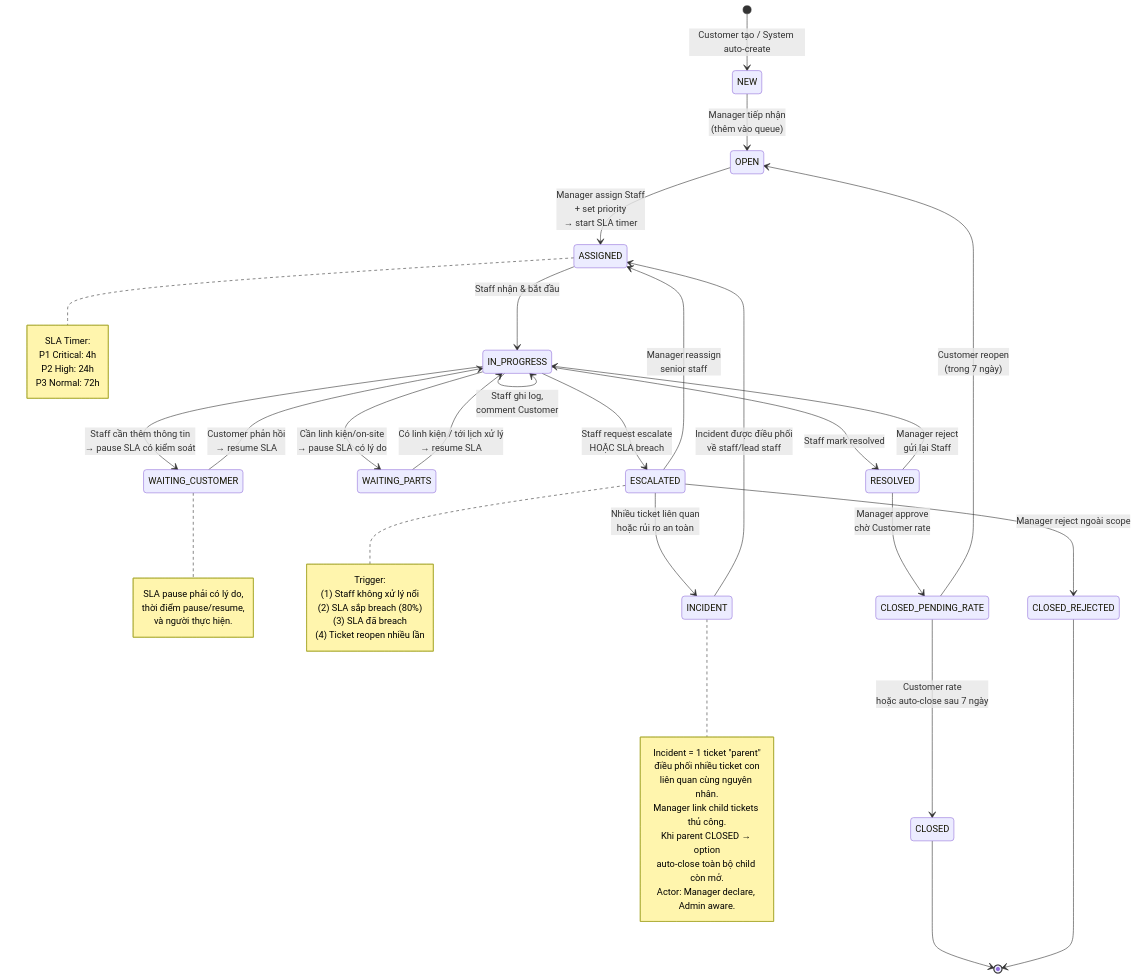
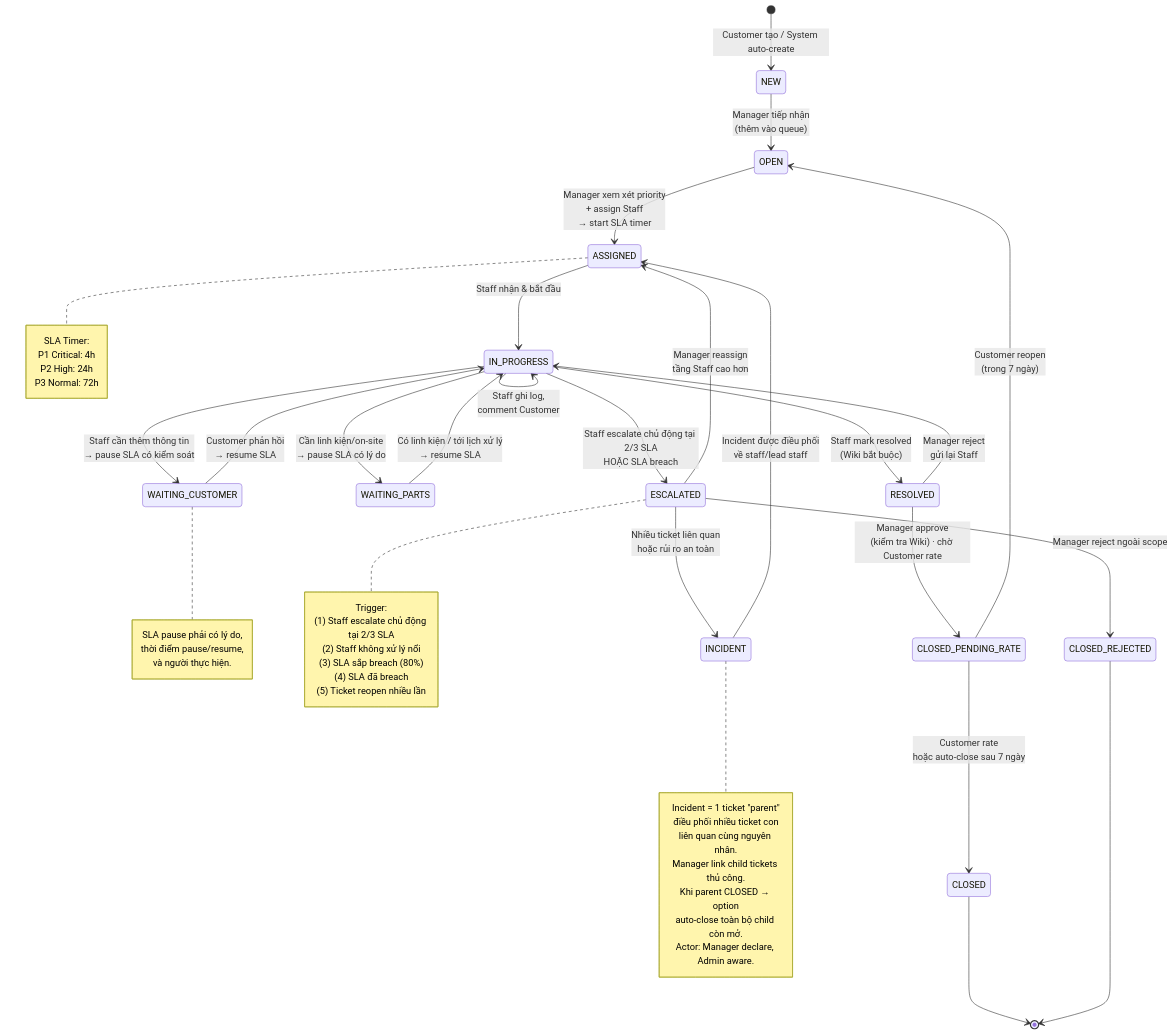
Before and after one commit to GSU26SE55/iot: the third of 8 diagrams in .claude/docs/core-business-flow.md, drawn with Mermaid. The commit also changed other lines of this file and 1 other file, not shown here.

````diff
--- a/.claude/docs/core-business-flow.md
+++ b/.claude/docs/core-business-flow.md
@@ -226,63 +244,64 @@
 ```mermaid
 stateDiagram-v2
     [*] --> NEW : Customer tạo / System auto-create
 
     NEW --> OPEN : Manager tiếp nhận<br/>(thêm vào queue)
-    OPEN --> ASSIGNED : Manager assign Staff<br/>+ set priority<br/>→ start SLA timer
+    OPEN --> ASSIGNED : Manager xem xét priority<br/>+ assign Staff<br/>→ start SLA timer
 
     ASSIGNED --> IN_PROGRESS : Staff nhận & bắt đầu
     IN_PROGRESS --> IN_PROGRESS : Staff ghi log,<br/>comment Customer
 
     IN_PROGRESS --> WAITING_CUSTOMER : Staff cần thêm thông tin<br/>→ pause SLA có kiểm soát
     WAITING_CUSTOMER --> IN_PROGRESS : Customer phản hồi<br/>→ resume SLA
     IN_PROGRESS --> WAITING_PARTS : Cần linh kiện/on-site<br/>→ pause SLA có lý do
     WAITING_PARTS --> IN_PROGRESS : Có linh kiện / tới lịch xử lý<br/>→ resume SLA
 
-    IN_PROGRESS --> RESOLVED : Staff mark resolved
-    IN_PROGRESS --> ESCALATED : Staff request escalate<br/>HOẶC SLA breach
+    IN_PROGRESS --> RESOLVED : Staff mark resolved<br/>(Wiki bắt buộc)
+    IN_PROGRESS --> ESCALATED : Staff escalate chủ động tại 2/3 SLA<br/>HOẶC SLA breach
 
-    ESCALATED --> ASSIGNED : Manager reassign<br/>senior staff
+    ESCALATED --> ASSIGNED : Manager reassign<br/>tầng Staff cao hơn
     ESCALATED --> INCIDENT : Nhiều ticket liên quan<br/>hoặc rủi ro an toàn
     ESCALATED --> CLOSED_REJECTED : Manager reject ngoài scope
 
     INCIDENT --> ASSIGNED : Incident được điều phối<br/>về staff/lead staff
 
-    RESOLVED --> CLOSED_PENDING_RATE : Manager approve<br/>chờ Customer rate
+    RESOLVED --> CLOSED_PENDING_RATE : Manager approve<br/>(kiểm tra Wiki) · chờ Customer rate
     CLOSED_PENDING_RATE --> CLOSED : Customer rate<br/>hoặc auto-close sau 7 ngày
     RESOLVED --> IN_PROGRESS : Manager reject<br/>gửi lại Staff
     CLOSED_PENDING_RATE --> OPEN : Customer reopen<br/>(trong 7 ngày)
 
     CLOSED --> [*]
     CLOSED_REJECTED --> [*]
 
     note right of ASSIGNED
         SLA Timer:
         P1 Critical: 4h
         P2 High: 24h
         P3 Normal: 72h
     end note
 
     note right of WAITING_CUSTOMER
         SLA pause phải có lý do,
         thời điểm pause/resume,
         và người thực hiện.
     end note
 
     note right of ESCALATED
         Trigger:
-        (1) Staff không xử lý nổi
-        (2) SLA sắp breach (80%)
-        (3) SLA đã breach
-        (4) Ticket reopen nhiều lần
+        (1) Staff escalate chủ động tại 2/3 SLA
+        (2) Staff không xử lý nổi
+        (3) SLA sắp breach (80%)
+        (4) SLA đã breach
+        (5) Ticket reopen nhiều lần
     end note
 
     note right of INCIDENT
         Incident = 1 ticket "parent"
         điều phối nhiều ticket con
         liên quan cùng nguyên nhân.
         Manager link child tickets thủ công.
         Khi parent CLOSED → option
         auto-close toàn bộ child còn mở.
         Actor: Manager declare, Admin aware.
     end note
 ```
````
